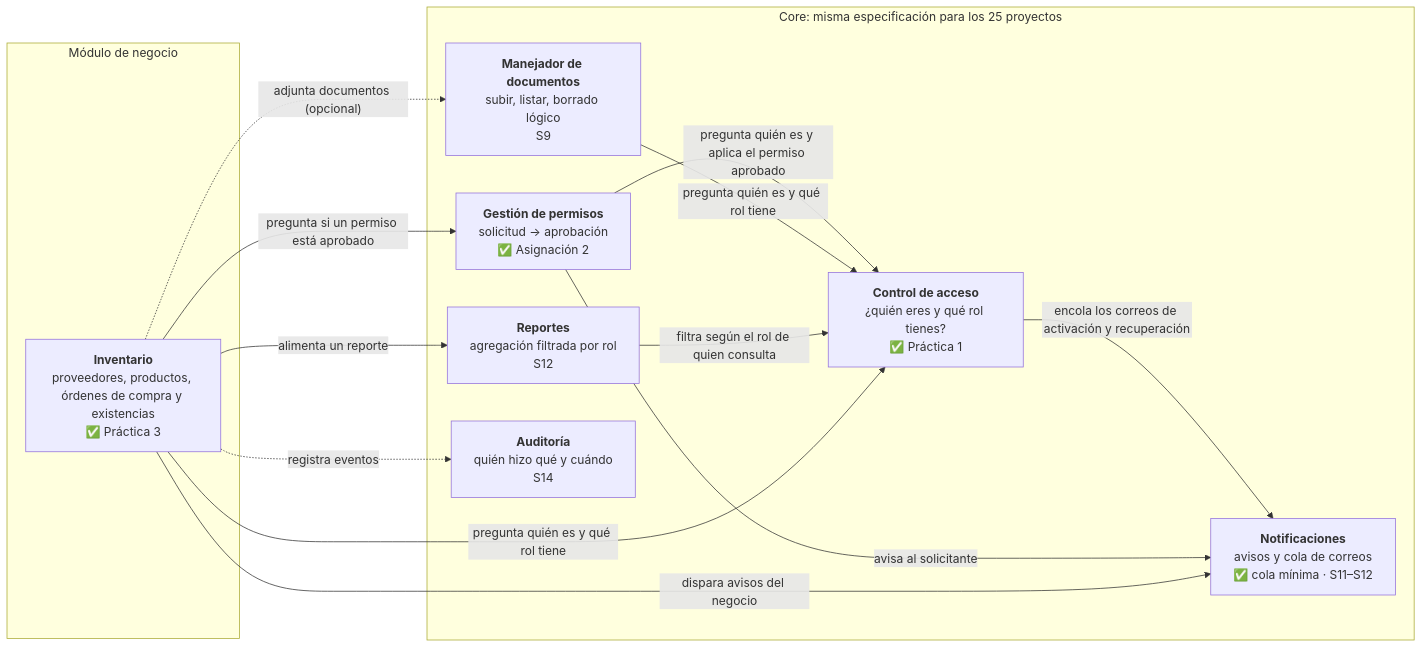
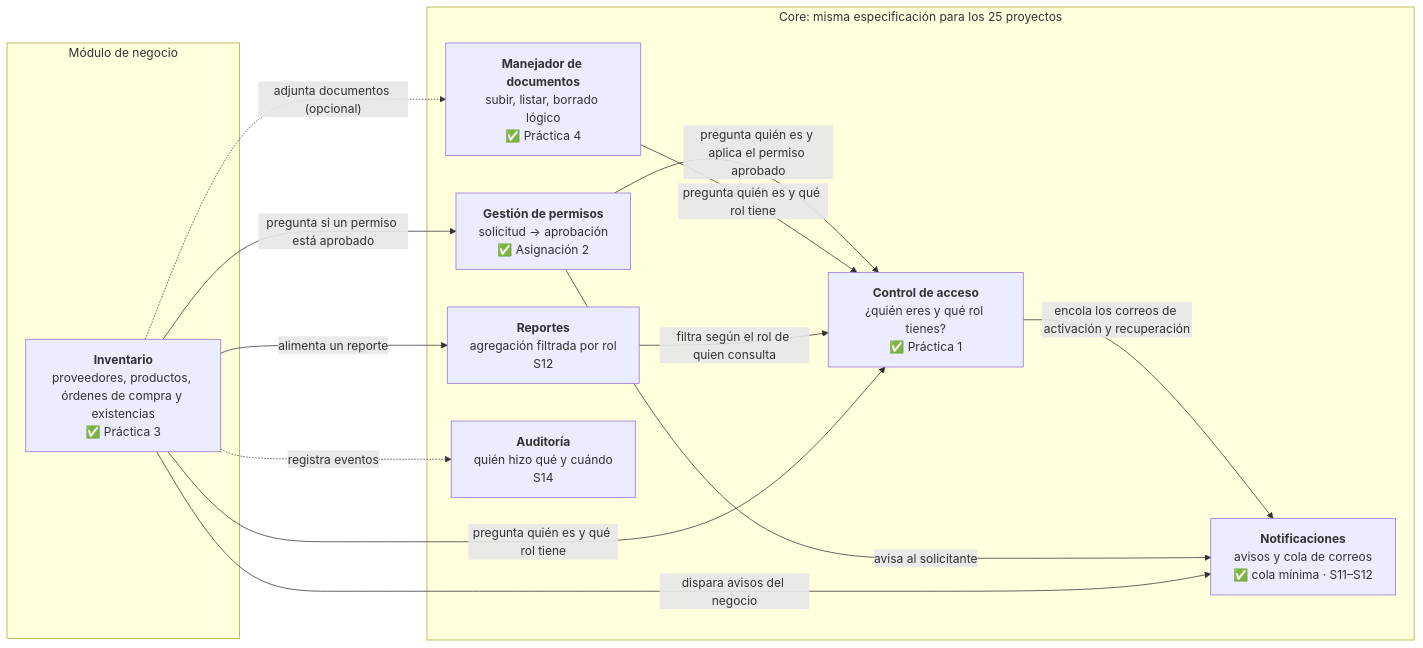
Before and after one commit to yojairoivan-sketch/Proyecto-Final-P3: the first of 2 diagrams in README.md, drawn with Mermaid. The commit also changed other lines of this file, not shown here.

First line of the commit message:
docs: documenta la Práctica 4

````diff
--- a/README.md
+++ b/README.md
@@ -38,26 +39,26 @@
 ```mermaid
 flowchart LR
     subgraph Core["Core: misma especificación para los 25 proyectos"]
         ACC["<b>Control de acceso</b><br/>¿quién eres y qué rol tienes?<br/>✅ Práctica 1"]
         NOTI["<b>Notificaciones</b><br/>avisos y cola de correos<br/>✅ cola mínima · S11–S12"]
         PERM["<b>Gestión de permisos</b><br/>solicitud → aprobación<br/>✅ Asignación 2"]
-        DOC["<b>Manejador de documentos</b><br/>subir, listar, borrado lógico<br/>S9"]
+        DOC["<b>Manejador de documentos</b><br/>subir, listar, borrado lógico<br/>✅ Práctica 4"]
         REP["<b>Reportes</b><br/>agregación filtrada por rol<br/>S12"]
         AUD["<b>Auditoría</b><br/>quién hizo qué y cuándo<br/>S14"]
     end
     subgraph Negocio["Módulo de negocio"]
         MOD["<b>Inventario</b><br/>proveedores, productos, órdenes de compra y existencias<br/>✅ Práctica 3"]
     end
 
     ACC -->|"encola los correos de activación y recuperación"| NOTI
     PERM -->|"pregunta quién es y aplica el permiso aprobado"| ACC
     PERM -->|"avisa al solicitante"| NOTI
     DOC -->|"pregunta quién es y qué rol tiene"| ACC
     REP -->|"filtra según el rol de quien consulta"| ACC
     MOD -->|"pregunta quién es y qué rol tiene"| ACC
     MOD -->|"pregunta si un permiso está aprobado"| PERM
     MOD -->|"dispara avisos del negocio"| NOTI
     MOD -->|"alimenta un reporte"| REP
     MOD -.->|"adjunta documentos (opcional)"| DOC
     MOD -.->|"registra eventos"| AUD
 ```
````
